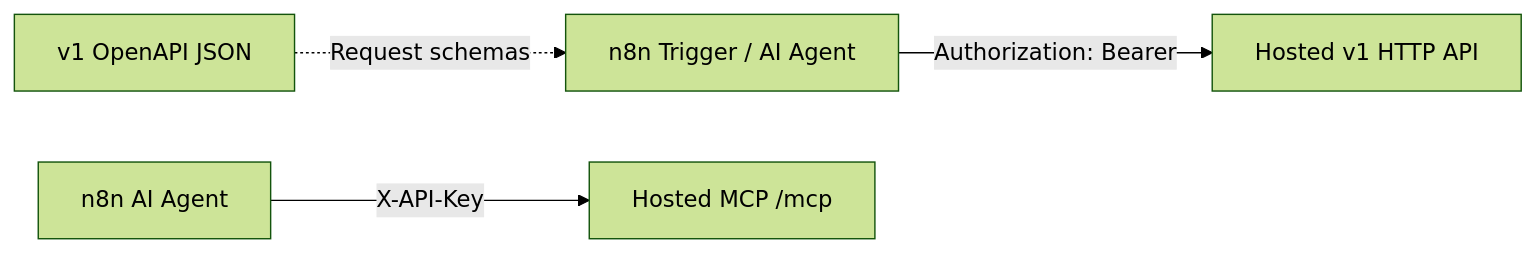
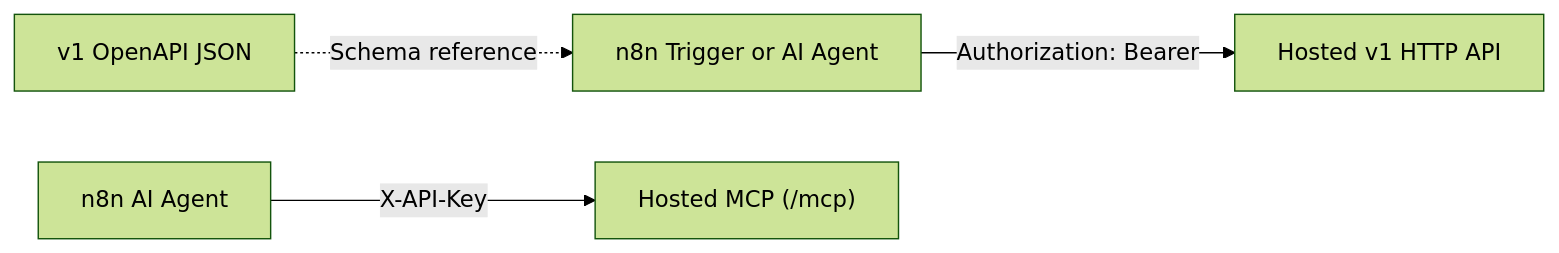
One commit to harlan-zw/gscdump changed the diagram in docs/gscdump-sdk/guides/3.build-integrations/7.n8n.md. Above: the diagram before and after it, drawn with Mermaid (forest theme). The commit also changed other lines of this file, not shown here.

````diff
--- a/docs/gscdump-sdk/guides/3.build-integrations/7.n8n.md
+++ b/docs/gscdump-sdk/guides/3.build-integrations/7.n8n.md
@@ -12,6 +12,6 @@
 ```mermaid
 flowchart LR
-  Schedule[n8n Trigger / AI Agent] -->|Authorization: Bearer| V1[Hosted v1 HTTP API]
-  Agent[n8n AI Agent] -->|X-API-Key| MCP[Hosted MCP /mcp]
-  OpenAPI[v1 OpenAPI JSON] -.->|Request schemas| Schedule
+  Schedule["n8n Trigger or AI Agent"] -->|Authorization: Bearer| V1["Hosted v1 HTTP API"]
+  Agent["n8n AI Agent"] -->|X-API-Key| MCP["Hosted MCP (/mcp)"]
+  OpenAPI["v1 OpenAPI JSON"] -.->|Schema reference| Schedule
 ```
````
